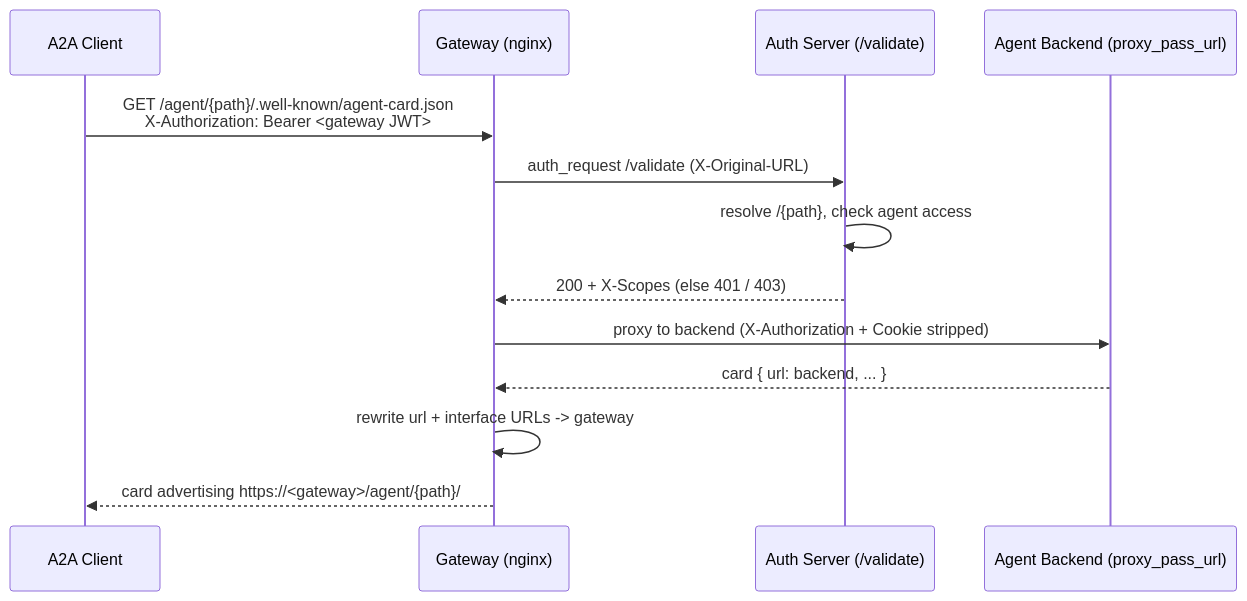
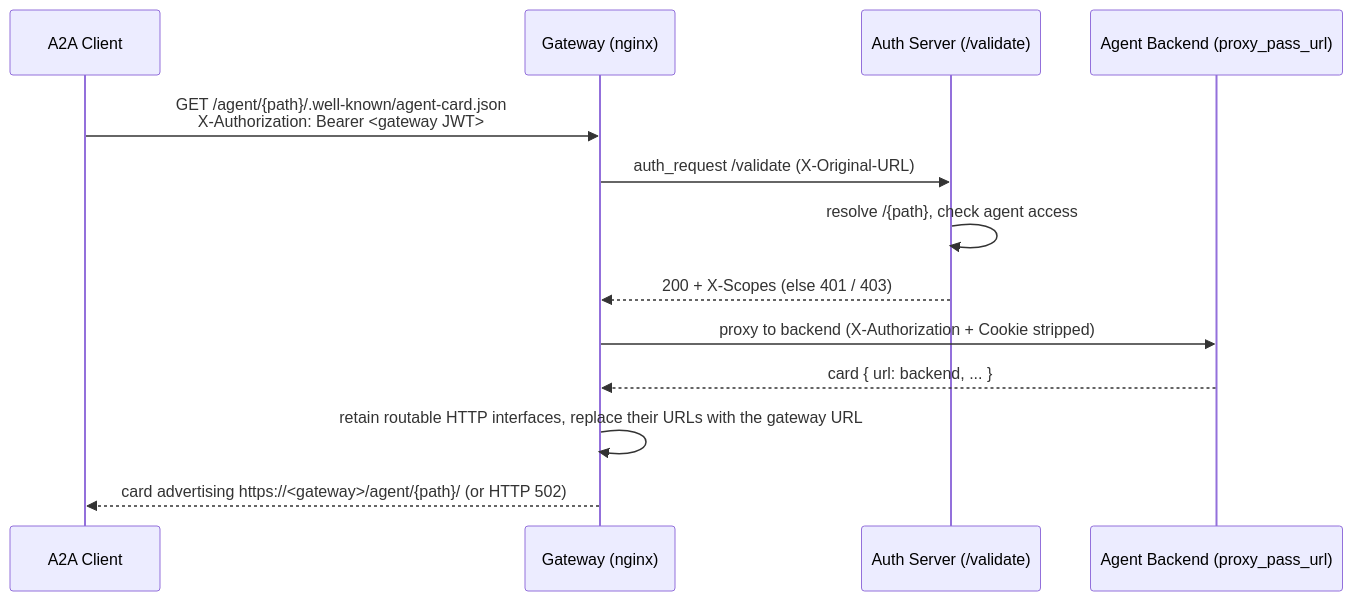
The second of 3 diagrams in docs/a2a.md (agentic-community/mcp-gateway-registry), drawn with Mermaid before and after one commit. The commit also changed other lines of this file and 18 other files, not shown here.

First line of the commit message:
fix(a2a): advertise only routable agent interfaces through the gateway

````diff
--- a/docs/a2a.md
+++ b/docs/a2a.md
@@ -206,16 +206,16 @@
 ```mermaid
 sequenceDiagram
     participant C as A2A Client
     participant GW as Gateway (nginx)
     participant AS as Auth Server (/validate)
     participant B as Agent Backend (proxy_pass_url)
 
     C->>GW: GET /agent/{path}/.well-known/agent-card.json<br/>X-Authorization: Bearer <gateway JWT>
     GW->>AS: auth_request /validate (X-Original-URL)
     AS->>AS: resolve /{path}, check agent access
     AS-->>GW: 200 + X-Scopes  (else 401 / 403)
     GW->>B: proxy to backend (X-Authorization + Cookie stripped)
     B-->>GW: card { url: backend, ... }
-    GW->>GW: rewrite url + interface URLs -> gateway
-    GW-->>C: card advertising https://<gateway>/agent/{path}/
+    GW->>GW: retain routable HTTP interfaces, replace their URLs with the gateway URL
+    GW-->>C: card advertising https://<gateway>/agent/{path}/ (or HTTP 502)
 ```
````
